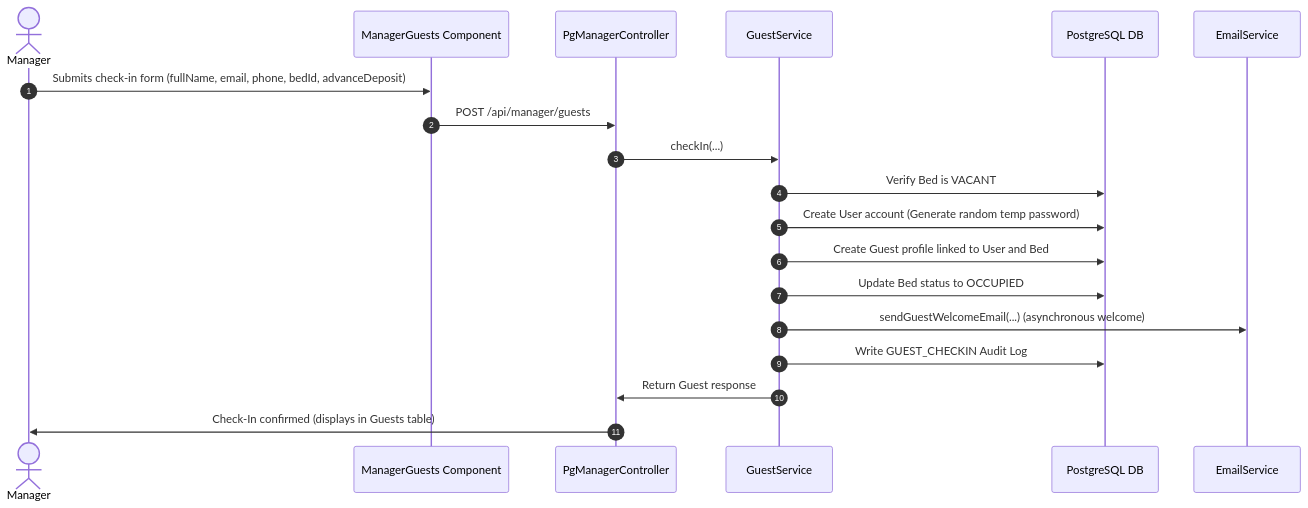
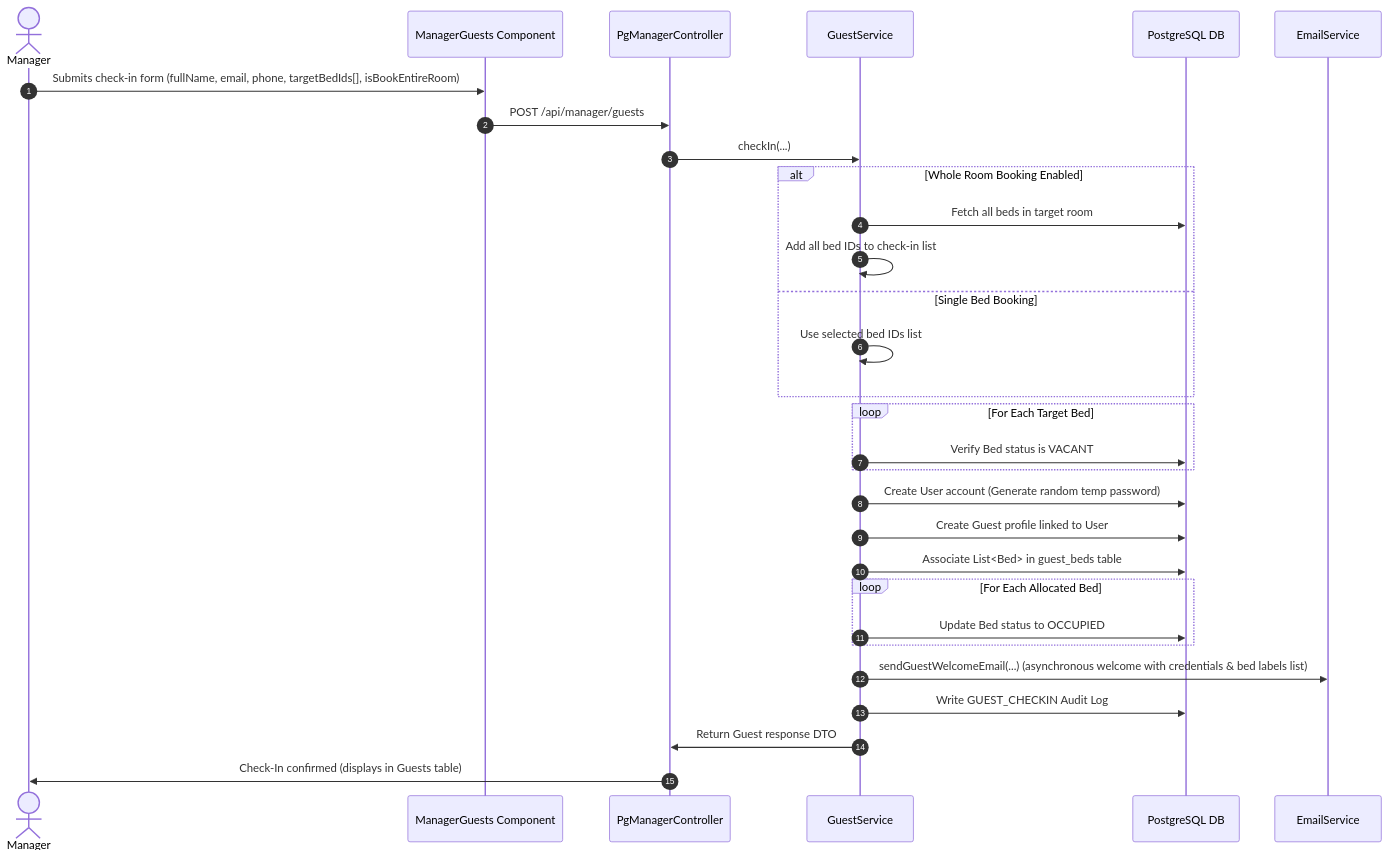
One commit to rahul-0906/PG-Project changed the second of 21 diagrams in docs/WORKFLOWS.md. Above: the diagram before and after it, drawn with Mermaid. The commit also changed other lines of this file and 7 other files, not shown here.

Commit message:
Comprehensive documentation overhaul: update README, workflows, calculations, architecture registry, onboarding, and SOP files

````diff
--- a/docs/WORKFLOWS.md
+++ b/docs/WORKFLOWS.md
@@ -42,22 +42,33 @@
 ```mermaid
 sequenceDiagram
     autonumber
     actor Manager
     participant App as ManagerGuests Component
     participant Controller as PgManagerController
     participant Service as GuestService
     participant DB as PostgreSQL DB
     participant Mail as EmailService
 
-    Manager->>App: Submits check-in form (fullName, email, phone, bedId, advanceDeposit)
+    Manager->>App: Submits check-in form (fullName, email, phone, targetBedIds[], isBookEntireRoom)
     App->>Controller: POST /api/manager/guests
     Controller->>Service: checkIn(...)
-    Service->>DB: Verify Bed is VACANT
+    alt Whole Room Booking Enabled
+        Service->>DB: Fetch all beds in target room
+        Service->>Service: Add all bed IDs to check-in list
+    else Single Bed Booking
+        Service->>Service: Use selected bed IDs list
+    end
+    loop For Each Target Bed
+        Service->>DB: Verify Bed status is VACANT
+    end
     Service->>DB: Create User account (Generate random temp password)
-    Service->>DB: Create Guest profile linked to User and Bed
-    Service->>DB: Update Bed status to OCCUPIED
-    Service->>Mail: sendGuestWelcomeEmail(...) (asynchronous welcome)
+    Service->>DB: Create Guest profile linked to User
+    Service->>DB: Associate List<Bed> in guest_beds table
+    loop For Each Allocated Bed
+        Service->>DB: Update Bed status to OCCUPIED
+    end
+    Service->>Mail: sendGuestWelcomeEmail(...) (asynchronous welcome with credentials & bed labels list)
     Service->>DB: Write GUEST_CHECKIN Audit Log
-    Service->>Controller: Return Guest response
+    Service->>Controller: Return Guest response DTO
     Controller->>Manager: Check-In confirmed (displays in Guests table)
 ```
````
